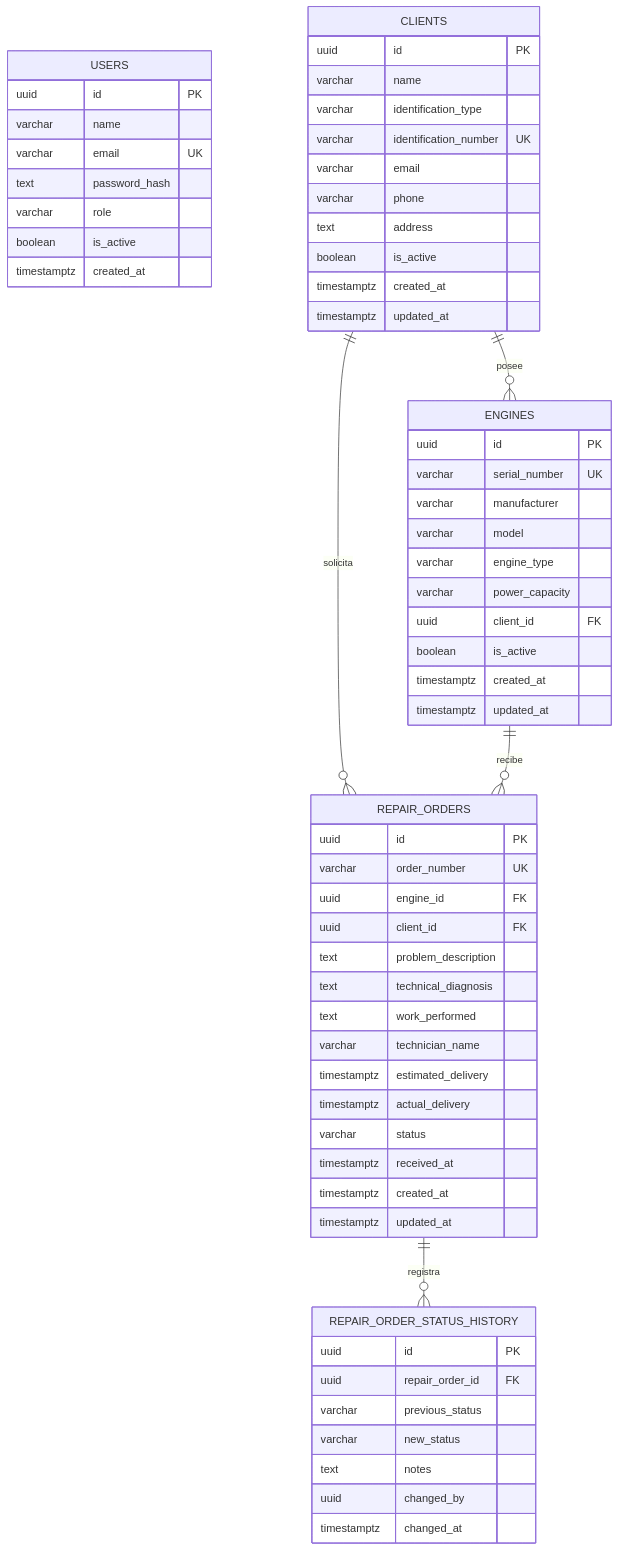
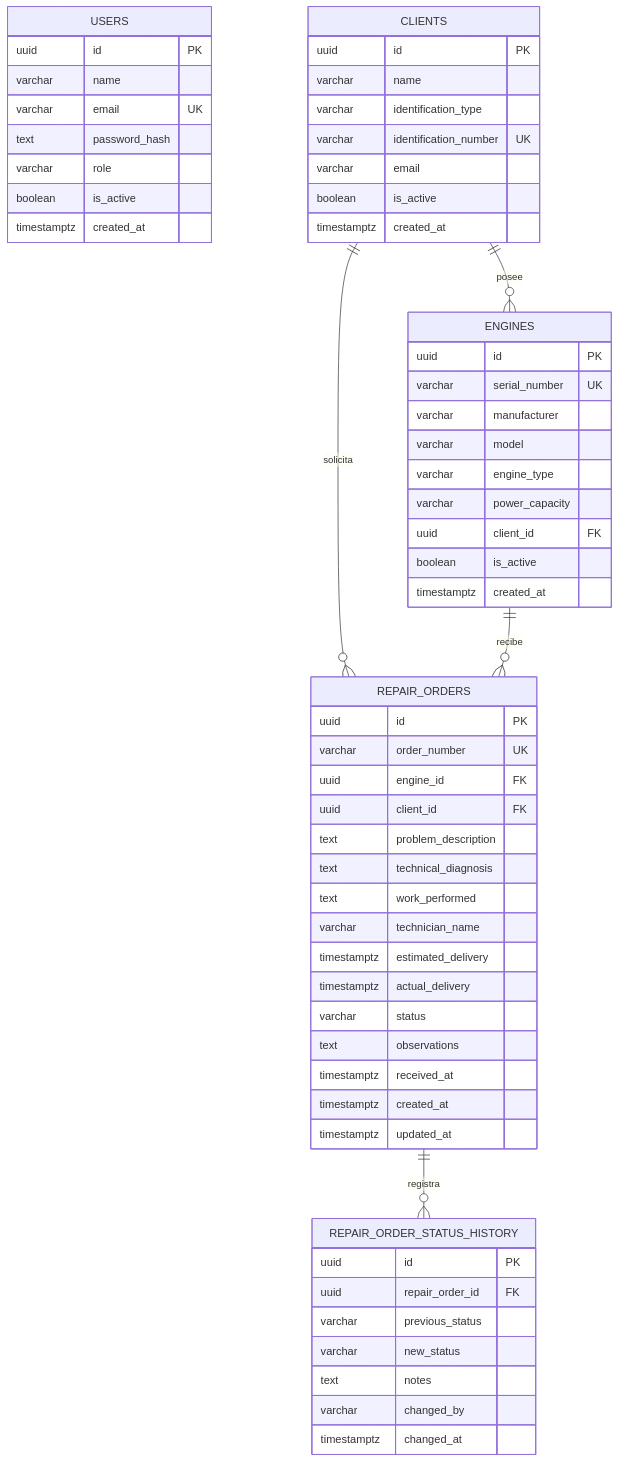
Before and after one commit to rmzneydev/mining-engine-rms: the second of 4 diagrams in README.md, drawn with Mermaid. The commit also changed other lines of this file and 14 other files, not shown here.

````diff
--- a/README.md
+++ b/README.md
@@ -42,70 +42,67 @@
 ```mermaid
 erDiagram
     USERS {
         uuid id PK
         varchar name
         varchar email UK
         text password_hash
         varchar role
         boolean is_active
         timestamptz created_at
     }
 
     CLIENTS {
         uuid id PK
         varchar name
         varchar identification_type
         varchar identification_number UK
         varchar email
-        varchar phone
-        text address
         boolean is_active
         timestamptz created_at
-        timestamptz updated_at
     }
 
     ENGINES {
         uuid id PK
         varchar serial_number UK
         varchar manufacturer
         varchar model
         varchar engine_type
         varchar power_capacity
         uuid client_id FK
         boolean is_active
         timestamptz created_at
-        timestamptz updated_at
     }
 
     REPAIR_ORDERS {
         uuid id PK
         varchar order_number UK
         uuid engine_id FK
         uuid client_id FK
         text problem_description
         text technical_diagnosis
         text work_performed
         varchar technician_name
         timestamptz estimated_delivery
         timestamptz actual_delivery
         varchar status
+        text observations
         timestamptz received_at
         timestamptz created_at
         timestamptz updated_at
     }
 
     REPAIR_ORDER_STATUS_HISTORY {
         uuid id PK
         uuid repair_order_id FK
         varchar previous_status
         varchar new_status
         text notes
-        uuid changed_by
+        varchar changed_by
         timestamptz changed_at
     }
 
     CLIENTS ||--o{ ENGINES : posee
     CLIENTS ||--o{ REPAIR_ORDERS : solicita
     ENGINES ||--o{ REPAIR_ORDERS : recibe
     REPAIR_ORDERS ||--o{ REPAIR_ORDER_STATUS_HISTORY : registra
 ```
````
